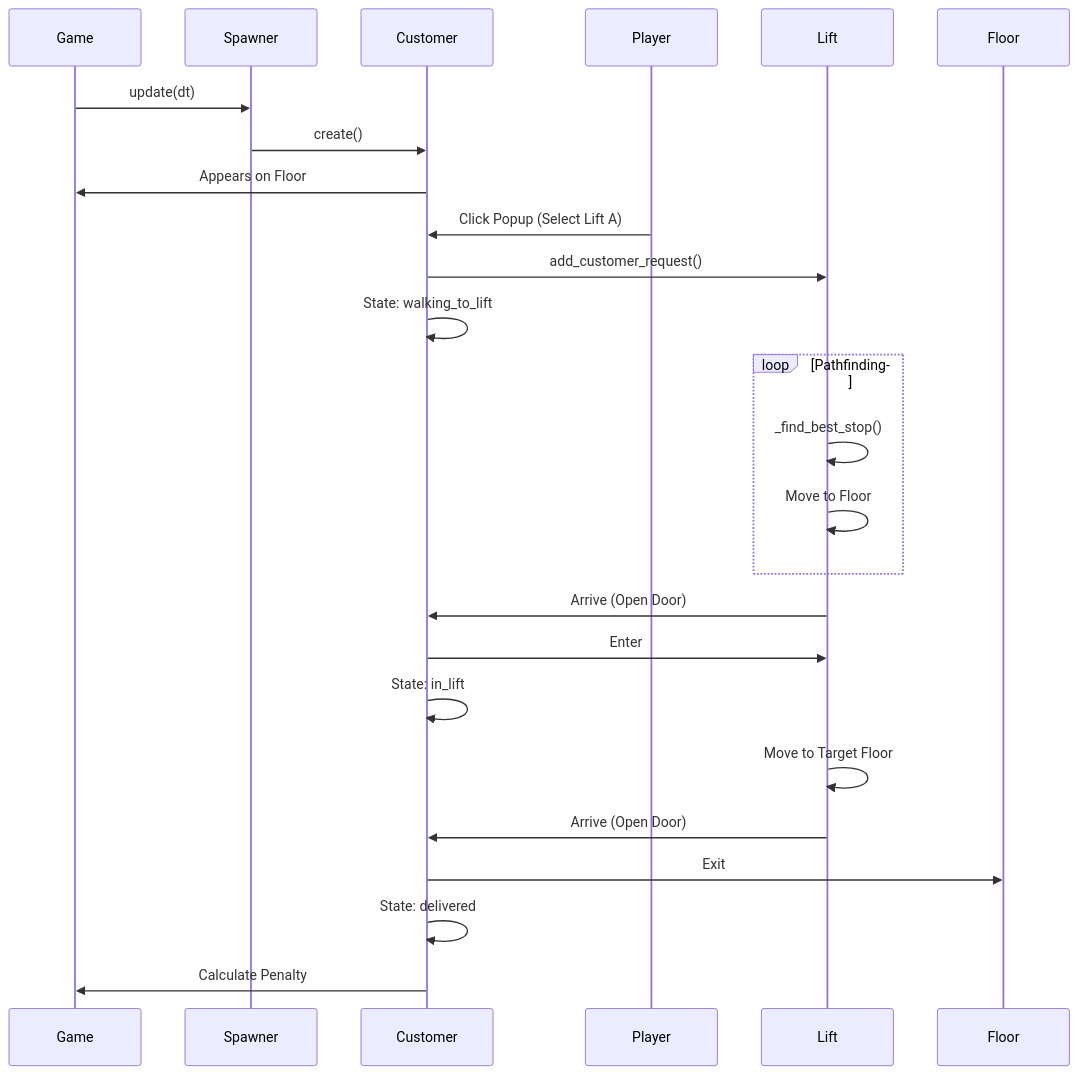
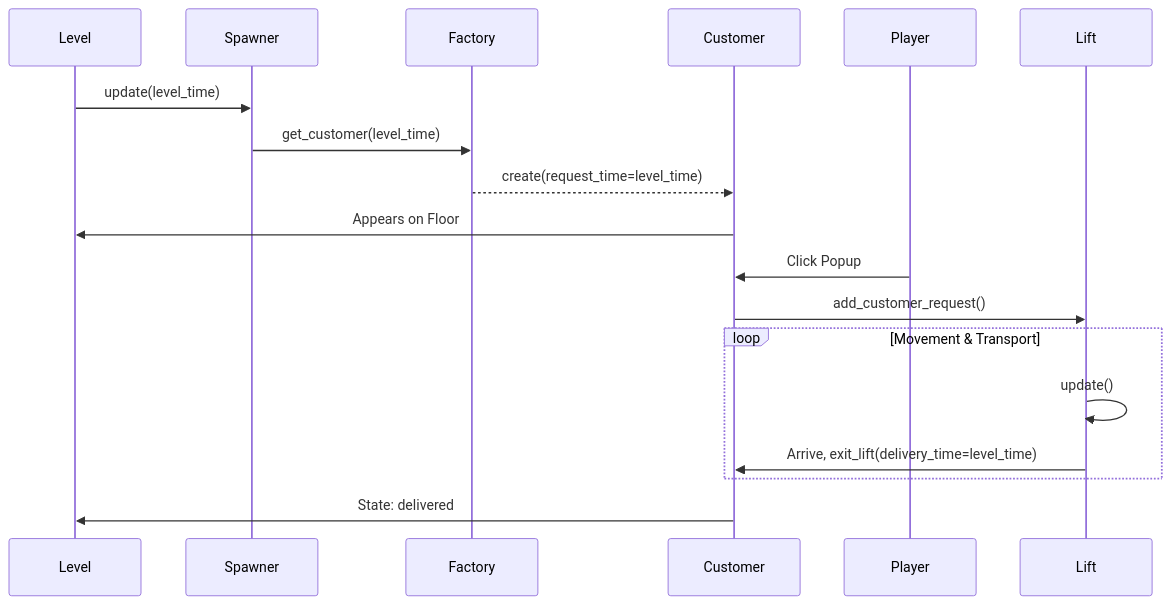
Before and after one commit to ryedigaryan/lift-up-the-game-mvp: the second of 2 diagrams in docs/code_architecture.md, drawn with Mermaid. The commit also changed other lines of this file and 4 other files, not shown here.

````diff
--- a/docs/code_architecture.md
+++ b/docs/code_architecture.md
@@ -83,27 +76,21 @@
 ```mermaid
 sequenceDiagram
-    participant Game
+    participant Level
     participant Spawner
+    participant Factory
     participant Customer
     participant Player
     participant Lift
 
-    Game->>Spawner: update(dt)
-    Spawner->>Customer: create()
-    Customer->>Game: Appears on Floor
-    Player->>Customer: Click Popup (Select Lift A)
+    Level->>Spawner: update(level_time)
+    Spawner->>Factory: get_customer(level_time)
+    Factory-->>Customer: create(request_time=level_time)
+    Customer->>Level: Appears on Floor
+    Player->>Customer: Click Popup
     Customer->>Lift: add_customer_request()
-    Customer->>Customer: State: walking_to_lift
-    loop Pathfinding
-        Lift->>Lift: _find_best_stop()
-        Lift->>Lift: Move to Floor
+    loop Movement & Transport
+        Lift->>Lift: update()
+        Lift->>Customer: Arrive, exit_lift(delivery_time=level_time)
     end
-    Lift->>Customer: Arrive (Open Door)
-    Customer->>Lift: Enter
-    Customer->>Customer: State: in_lift
-    Lift->>Lift: Move to Target Floor
-    Lift->>Customer: Arrive (Open Door)
-    Customer->>Floor: Exit
-    Customer->>Customer: State: delivered
-    Customer->>Game: Calculate Penalty
+    Customer->>Level: State: delivered
 ```
````
